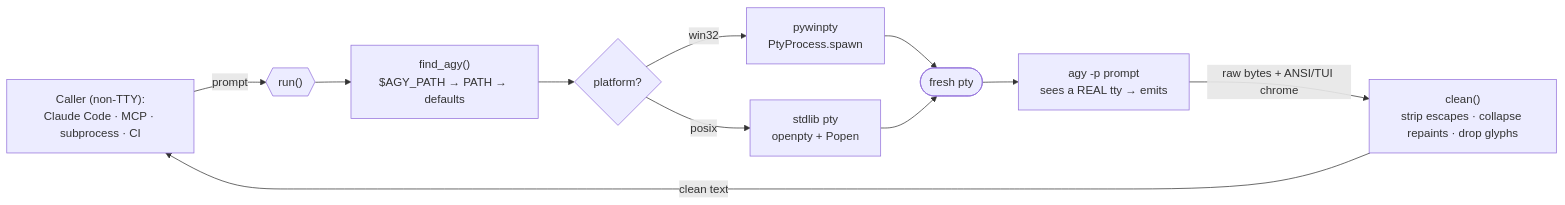
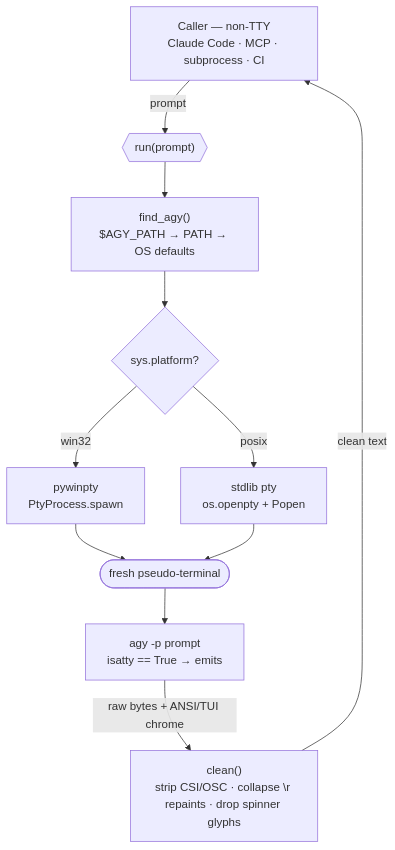
One commit to thebtf/agy-headless-bridge changed the diagram in README.md. Above: the diagram before and after it, drawn with Mermaid. The commit also changed other lines of this file and 1 other file, not shown here.

First line of the commit message:
docs: modernize README + vertical (TD) data-flow diagram + API/clean() coverage

````diff
--- a/README.md
+++ b/README.md
@@ -44,13 +62,13 @@
 ```mermaid
-flowchart LR
-    A["Caller (non-TTY):<br/>Claude Code · MCP · subprocess · CI"] -->|prompt| B{{"run()"}}
-    B --> C["find_agy()<br/>$AGY_PATH → PATH → defaults"]
-    C --> D{"platform?"}
-    D -->|win32| E["pywinpty<br/>PtyProcess.spawn"]
-    D -->|posix| F["stdlib pty<br/>openpty + Popen"]
-    E --> G(["fresh pty"])
+flowchart TD
+    A["Caller — non-TTY<br/>Claude Code · MCP · subprocess · CI"] -->|"prompt"| B{{"run(prompt)"}}
+    B --> C["find_agy()<br/>$AGY_PATH → PATH → OS defaults"]
+    C --> D{"sys.platform?"}
+    D -->|"win32"| E["pywinpty<br/>PtyProcess.spawn"]
+    D -->|"posix"| F["stdlib pty<br/>os.openpty + Popen"]
+    E --> G(["fresh pseudo-terminal"])
     F --> G
-    G --> H["agy -p prompt<br/>sees a REAL tty → emits"]
-    H -->|raw bytes + ANSI/TUI chrome| I["clean()<br/>strip escapes · collapse repaints · drop glyphs"]
-    I -->|clean text| A
+    G --> H["agy -p prompt<br/>isatty == True → emits"]
+    H -->|"raw bytes + ANSI/TUI chrome"| I["clean()<br/>strip CSI/OSC · collapse \r repaints · drop spinner glyphs"]
+    I -->|"clean text"| A
 ```
````
